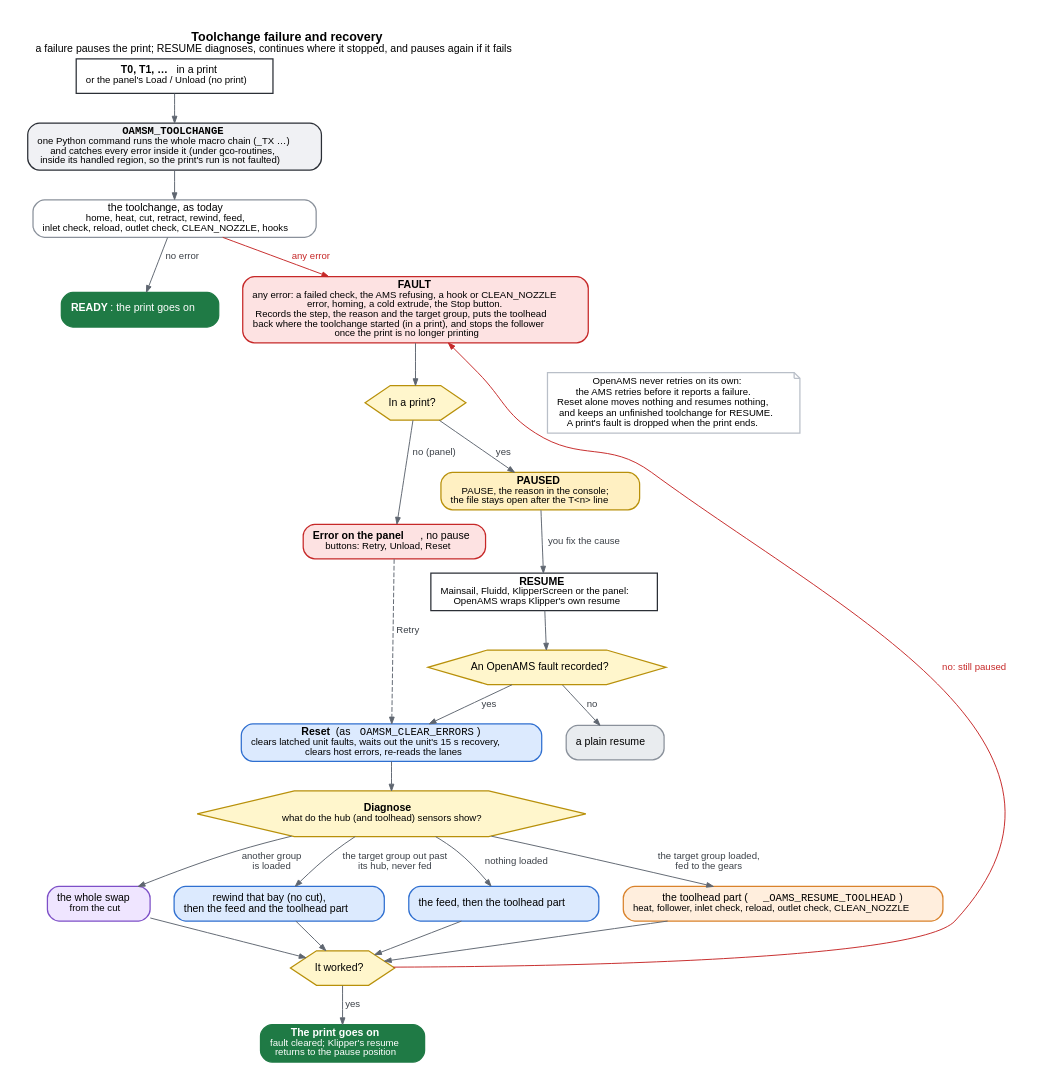
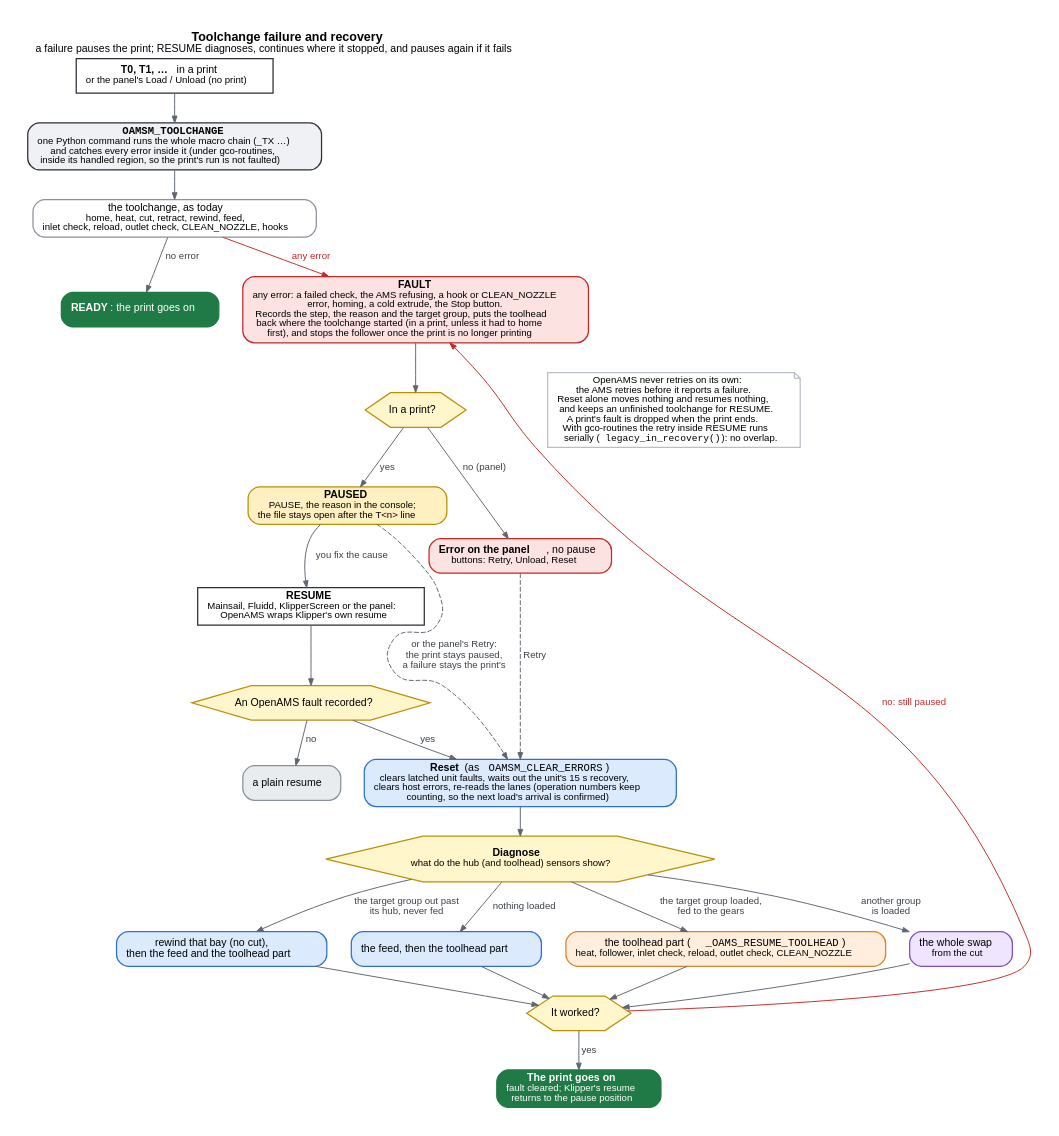
The diagram in docs/images/toolchange-recovery.dot (OpenAMSOrg/openams), drawn with Graphviz before and after one commit. The commit also changed 16 other files, not shown here.

Commit message:
Toolchange recovery: no move back when the toolchange homed first, arrivals confirmed after a Reset, RESUME retries under gco-routines, a paused print keeps its fault

```diff
--- a/docs/images/toolchange-recovery.dot
+++ b/docs/images/toolchange-recovery.dot
@@ -1,72 +1,73 @@
 // Toolchange failure and recovery: the state machine of OAMSM_TOOLCHANGE, OAMSM_RETRY and the RESUME guard
 // (src/oams_manager.py, docs/guide/macro-sequence.md).
 // Render: dot -Tsvg toolchange-recovery.dot -o toolchange-recovery.svg
 digraph recovery {
   graph [rankdir=TB, newrank=true, nodesep=0.35, ranksep=0.4, pad=0.3, fontname="Helvetica", fontsize=13, bgcolor="white",
          label=<<b>Toolchange failure and recovery</b><br/><font point-size="11">a failure pauses the print; RESUME diagnoses, continues where it stopped, and pauses again if it fails</font>>,
          labelloc=t, labeljust=l];
   node [shape=box, style="rounded,filled", fontname="Helvetica", fontsize=11, margin="0.14,0.06", penwidth=1.3,
         fillcolor="#f0f1f4", color="#8a919b"];
   edge [fontname="Helvetica", fontsize=10, color="#5f6670", fontcolor="#3c4148", arrowsize=0.7];
 
   t_n      [style="filled,bold", fillcolor="#ffffff", color="#2b2f36",
             label=<<b>T0, T1, …</b> in a print<br/><font point-size="10">or the panel's Load / Unload (no print)</font>>];
   catch    [fillcolor="#f0f1f4", color="#2b2f36", style="rounded,filled,bold",
             label=<<font face="Courier"><b>OAMSM_TOOLCHANGE</b></font><br/><font point-size="10">one Python command runs the whole macro chain (_TX …)<br/>and catches every error inside it (under gco-routines,<br/>inside its handled region, so the print's run is not faulted)</font>>];
   chain    [fillcolor="#ffffff", color="#8a919b",
             label=<the toolchange, as today<br/><font point-size="10">home, heat, cut, retract, rewind, feed,<br/>inlet check, reload, outlet check, CLEAN_NOZZLE, hooks</font>>];
   done     [style="rounded,filled,bold", fillcolor="#1f7a45", color="#1f7a45", fontcolor="white",
             label=<<b>READY</b>: the print goes on>];
 
   fault    [style="rounded,filled,bold", fillcolor="#fde2e2", color="#c62828",
-            label=<<b>FAULT</b><br/><font point-size="10">any error: a failed check, the AMS refusing, a hook or CLEAN_NOZZLE<br/>error, homing, a cold extrude, the Stop button.<br/>Records the step, the reason and the target group, puts the toolhead<br/>back where the toolchange started (in a print), and stops the follower<br/>once the print is no longer printing</font>>];
+            label=<<b>FAULT</b><br/><font point-size="10">any error: a failed check, the AMS refusing, a hook or CLEAN_NOZZLE<br/>error, homing, a cold extrude, the Stop button.<br/>Records the step, the reason and the target group, puts the toolhead<br/>back where the toolchange started (in a print, unless it had to home<br/>first), and stops the follower once the print is no longer printing</font>>];
   where    [shape=hexagon, style="filled", fillcolor="#fff6cc", color="#b8900a", label=<In a print?>];
   paused   [style="rounded,filled,bold", fillcolor="#fff0c2", color="#b8900a",
             label=<<b>PAUSED</b><br/><font point-size="10">PAUSE, the reason in the console;<br/>the file stays open after the T&lt;n&gt; line</font>>];
   error    [fillcolor="#fde2e2", color="#c62828",
             label=<<b>Error on the panel</b>, no pause<br/><font point-size="10">buttons: Retry, Unload, Reset</font>>];
 
   resume   [style="filled,bold", fillcolor="#ffffff", color="#2b2f36",
             label=<<b>RESUME</b><br/><font point-size="10">Mainsail, Fluidd, KlipperScreen or the panel:<br/>OpenAMS wraps Klipper's own resume</font>>];
   rec      [shape=hexagon, style="filled", fillcolor="#fff6cc", color="#b8900a", label=<An OpenAMS fault recorded?>];
   reset    [fillcolor="#dceafe", color="#2f6fd0",
-            label=<<b>Reset</b> (as <font face="Courier">OAMSM_CLEAR_ERRORS</font>)<br/><font point-size="10">clears latched unit faults, waits out the unit's 15 s recovery,<br/>clears host errors, re-reads the lanes</font>>];
+            label=<<b>Reset</b> (as <font face="Courier">OAMSM_CLEAR_ERRORS</font>)<br/><font point-size="10">clears latched unit faults, waits out the unit's 15 s recovery,<br/>clears host errors, re-reads the lanes (operation numbers keep<br/>counting, so the next load's arrival is confirmed)</font>>];
   diag     [shape=hexagon, style="filled", fillcolor="#fff6cc", color="#b8900a",
             label=<<b>Diagnose</b><br/><font point-size="10">what do the hub (and toolhead) sensors show?</font>>];
   c_tool   [fillcolor="#ffeedd", color="#d9822b",
             label=<the toolhead part (<font face="Courier">_OAMS_RESUME_TOOLHEAD</font>)<br/><font point-size="10">heat, follower, inlet check, reload, outlet check, CLEAN_NOZZLE</font>>];
   c_swap   [fillcolor="#efe5ff", color="#7d4fc7",
             label=<the whole swap<br/><font point-size="10">from the cut</font>>];
   c_rew    [fillcolor="#dceafe", color="#2f6fd0",
             label=<rewind that bay (no cut),<br/>then the feed and the toolhead part>];
   c_feed   [fillcolor="#dceafe", color="#2f6fd0",
             label=<the feed, then the toolhead part>];
   ok       [shape=hexagon, style="filled", fillcolor="#fff6cc", color="#b8900a", label=<It worked?>];
   cont     [style="rounded,filled,bold", fillcolor="#1f7a45", color="#1f7a45", fontcolor="white",
             label=<<b>The print goes on</b><br/><font point-size="10">fault cleared; Klipper's resume<br/>returns to the pause position</font>>];
   plain    [fillcolor="#e9ecef", color="#8a919b", label=<a plain resume>];
 
   t_n -> catch -> chain;
   chain -> done [label=" no error"];
   chain -> fault [label=" any error", color="#c62828", fontcolor="#c62828"];
   fault -> where;
   where -> paused [label=" yes"];
   where -> error [label=" no (panel)"];
   paused -> resume [label=" you fix the cause"];
   resume -> rec;
   rec -> plain [label=" no"];
   rec -> reset [label=" yes"];
   error -> reset [label=" Retry", style=dashed];
+  paused -> reset [label=" or the panel's Retry:\n the print stays paused,\n a failure stays the print's", style=dashed, constraint=false];
   reset -> diag;
   diag -> c_tool [label=" the target group loaded,\n fed to the gears"];
   diag -> c_swap [label=" another group\n is loaded"];
   diag -> c_rew  [label=" the target group out past\n its hub, never fed"];
   diag -> c_feed [label=" nothing loaded"];
   c_tool -> ok; c_swap -> ok; c_rew -> ok; c_feed -> ok;
   ok -> cont [label=" yes"];
   ok -> fault [label=" no: still paused", color="#c62828", fontcolor="#c62828", constraint=false];
 
   note [shape=note, style="filled", fillcolor="#ffffff", color="#b9bfc8", fontsize=10,
-        label=<OpenAMS never retries on its own:<br/>the AMS retries before it reports a failure.<br/>Reset alone moves nothing and resumes nothing,<br/>and keeps an unfinished toolchange for RESUME.<br/>A print's fault is dropped when the print ends.>];
+        label=<OpenAMS never retries on its own:<br/>the AMS retries before it reports a failure.<br/>Reset alone moves nothing and resumes nothing,<br/>and keeps an unfinished toolchange for RESUME.<br/>A print's fault is dropped when the print ends.<br/>With gco-routines the retry inside RESUME runs<br/>serially (<font face="Courier">legacy_in_recovery()</font>): no overlap.>];
   {rank=same; where; note;}
 }
```
